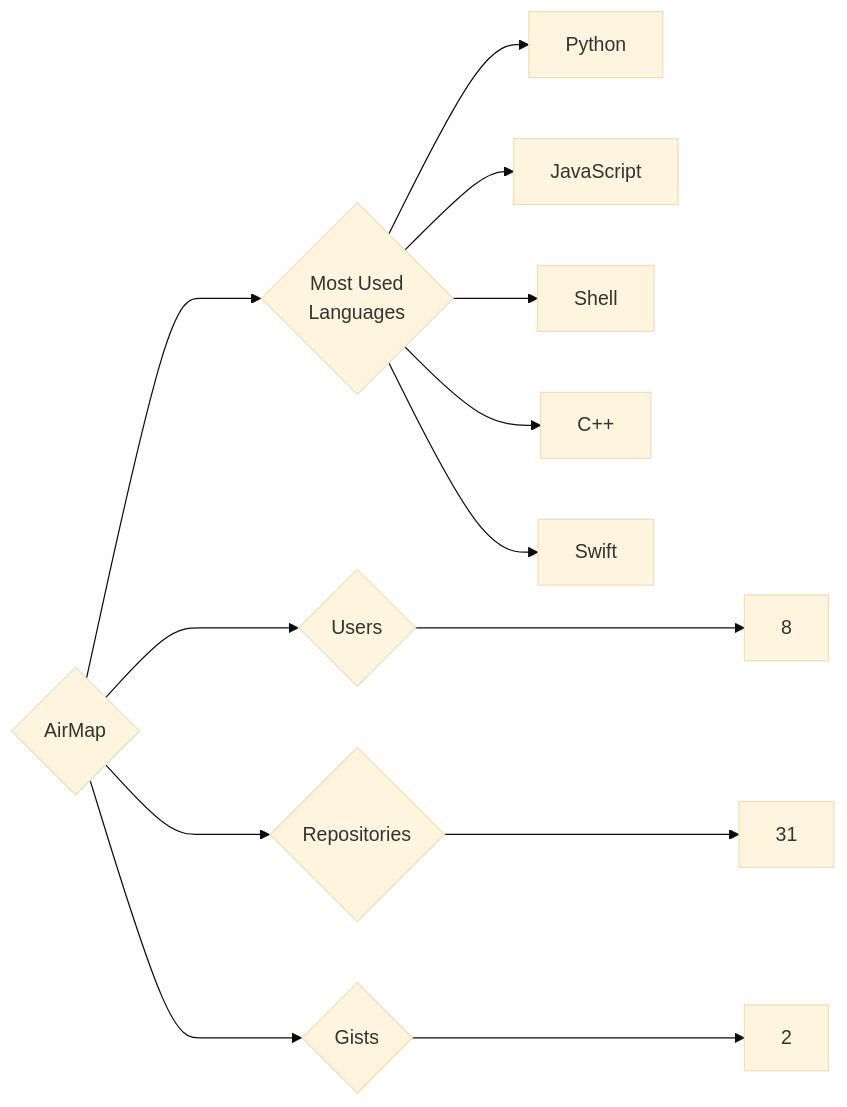
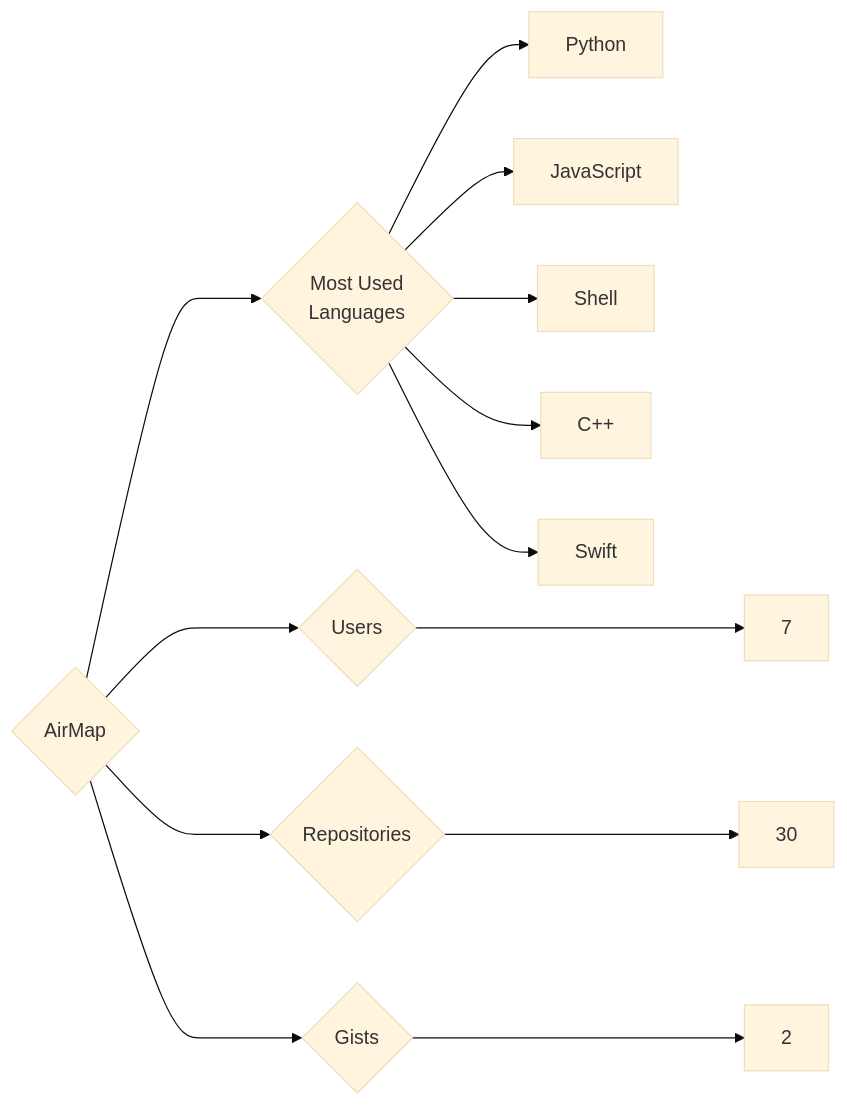
The diagram in targets/AirMap/README.md (trickest/insiders), drawn with Mermaid (base theme) before and after one commit. The commit also changed 942 other files, not shown here.

````diff
--- a/targets/AirMap/README.md
+++ b/targets/AirMap/README.md
@@ -3,13 +3,13 @@
 ```mermaid
 graph LR
 COMPANY_NAME{AirMap}
-COMPANY_NAME ---> U{Users} ---> UN[8]
-COMPANY_NAME ---> R{Repositories} ---> RN[31]
+COMPANY_NAME ---> U{Users} ---> UN[7]
+COMPANY_NAME ---> R{Repositories} ---> RN[30]
 COMPANY_NAME ---> G{Gists} ---> GN[2]
 COMPANY_NAME ---> ML{Most Used<br>Languages}
 ML --> Python[Python]
 ML --> JavaScript[JavaScript]
 ML --> Shell[Shell]
 ML --> C++[C++]
 ML --> Swift[Swift]
 ```
````
